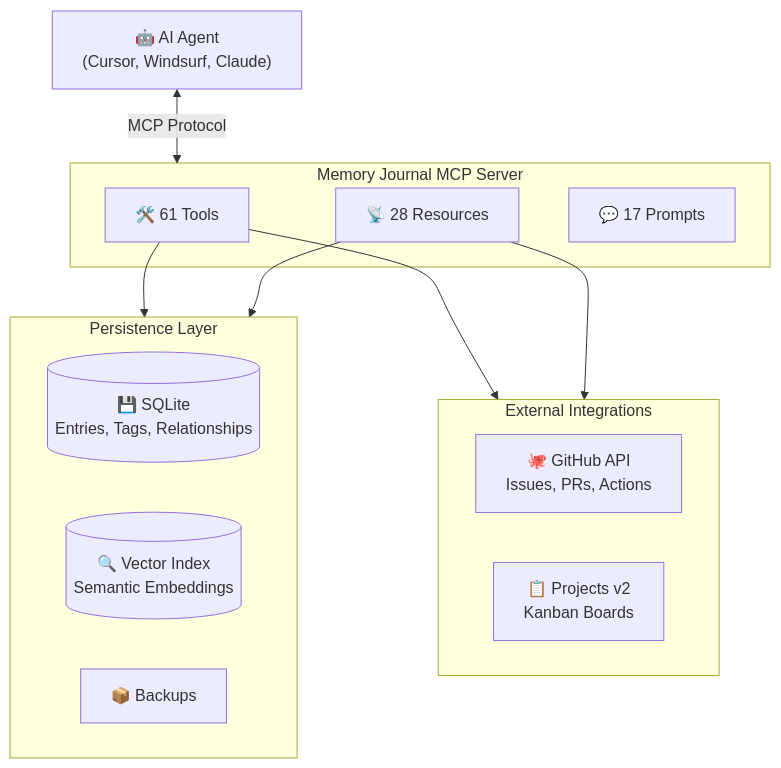
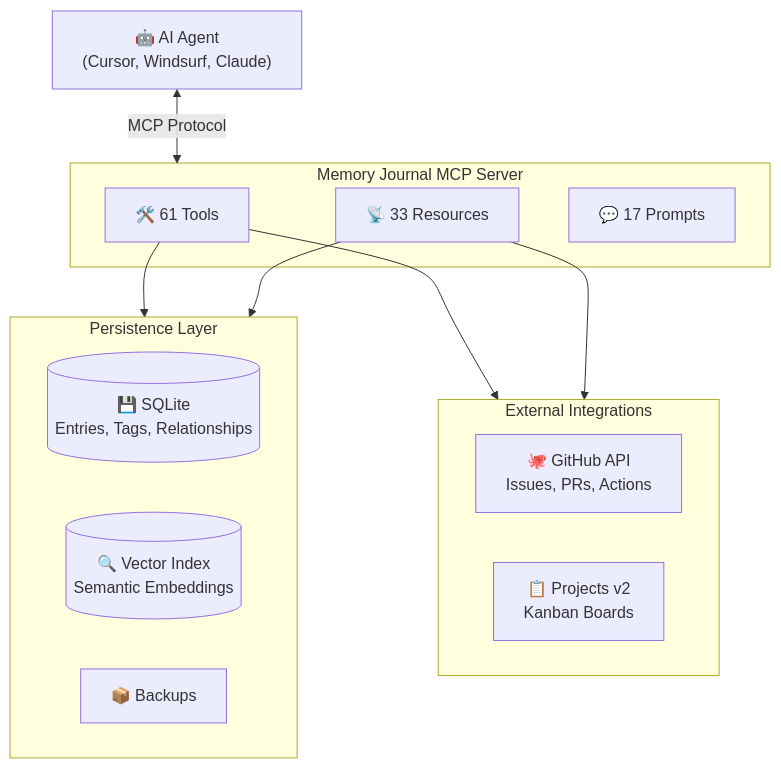
One commit to neverinfamous/memory-journal-mcp changed the second of 2 diagrams in README.md. Above: the diagram before and after it, drawn with Mermaid. The commit also changed other lines of this file and 2 other files, not shown here.

````diff
--- a/README.md
+++ b/README.md
@@ -606,27 +611,27 @@
 ```mermaid
 flowchart TB
     AI["🤖 AI Agent<br/>(Cursor, Windsurf, Claude)"]
 
     subgraph MCP["Memory Journal MCP Server"]
         Tools["🛠️ 61 Tools"]
-        Resources["📡 28 Resources"]
+        Resources["📡 33 Resources"]
         Prompts["💬 17 Prompts"]
     end
 
     subgraph Storage["Persistence Layer"]
         SQLite[("💾 SQLite<br/>Entries, Tags, Relationships")]
         Vector[("🔍 Vector Index<br/>Semantic Embeddings")]
         Backups["📦 Backups"]
     end
 
     subgraph External["External Integrations"]
         GitHub["🐙 GitHub API<br/>Issues, PRs, Actions"]
         Kanban["📋 Projects v2<br/>Kanban Boards"]
     end
 
     AI <-->|"MCP Protocol"| MCP
     Tools --> Storage
     Tools --> External
     Resources --> Storage
     Resources --> External
 ```
````
